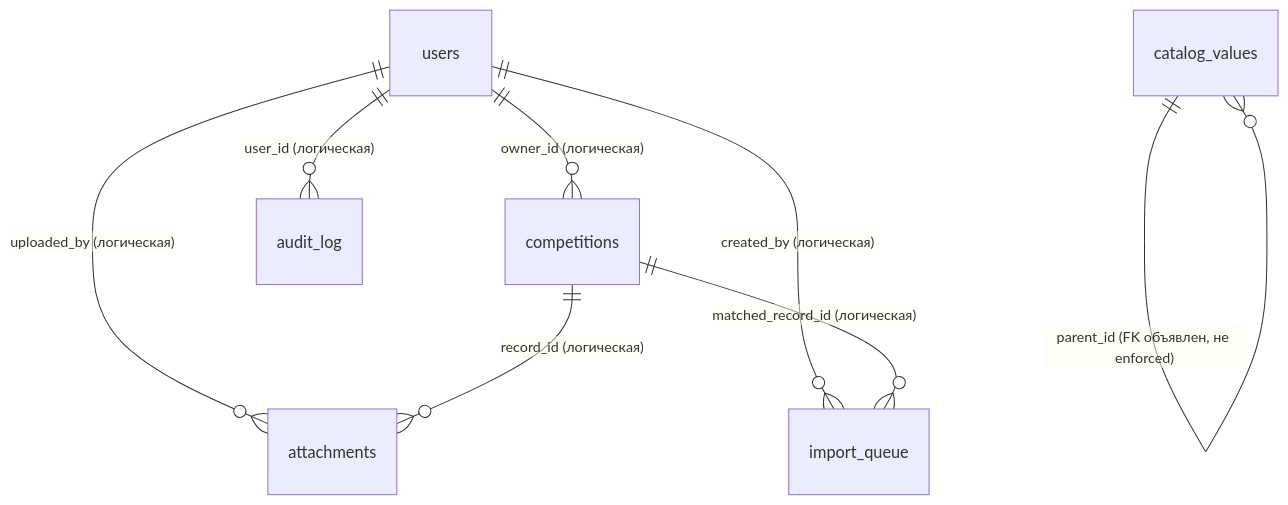
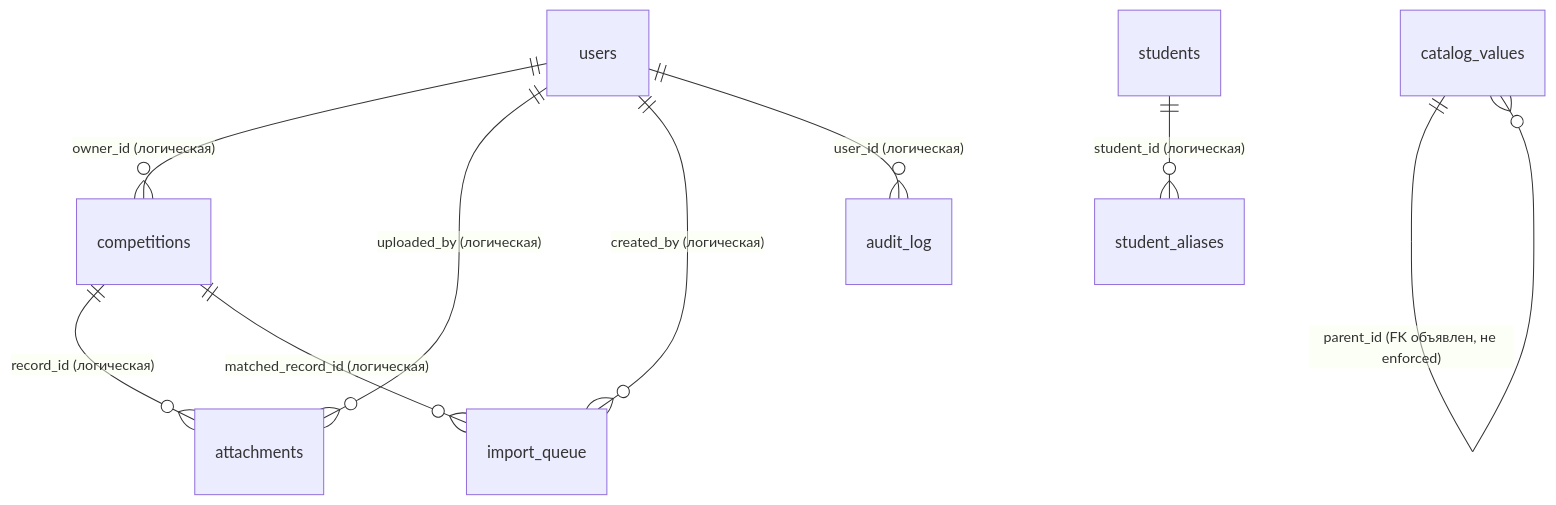
The diagram in docs/data-model.md (shifter1710/competitions), drawn with Mermaid before and after one commit. The commit also changed other lines of this file and 10 other files, not shown here.

First line of the commit message:
feat(students): Student Identity v1 Phase 1 — Student foundation

````diff
--- a/docs/data-model.md
+++ b/docs/data-model.md
@@ -40,10 +45,11 @@
 ```mermaid
 erDiagram
     users ||--o{ competitions : "owner_id (логическая)"
     users ||--o{ attachments : "uploaded_by (логическая)"
     users ||--o{ import_queue : "created_by (логическая)"
     users ||--o{ audit_log : "user_id (логическая)"
     competitions ||--o{ attachments : "record_id (логическая)"
     competitions ||--o{ import_queue : "matched_record_id (логическая)"
     catalog_values ||--o{ catalog_values : "parent_id (FK объявлен, не enforced)"
+    students ||--o{ student_aliases : "student_id (логическая)"
 ```
````
